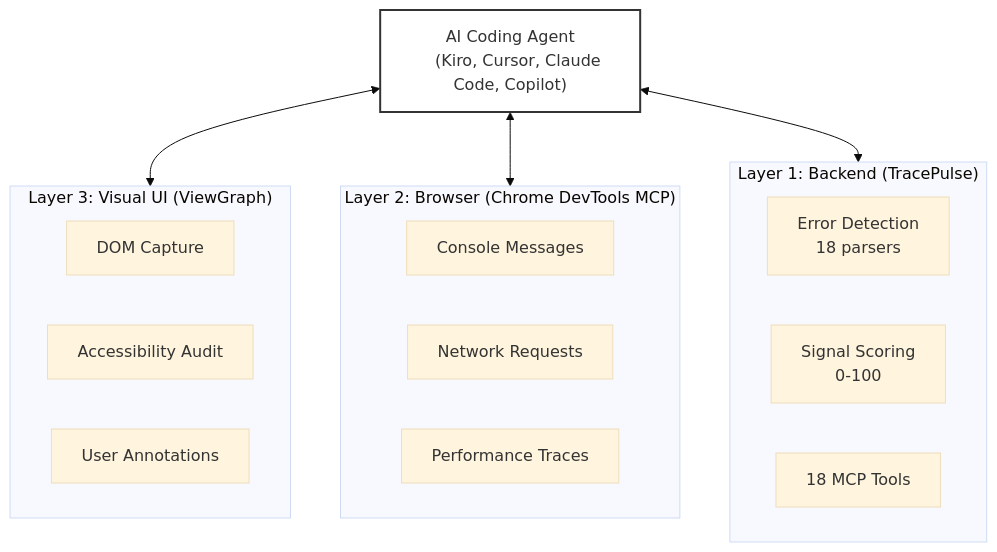
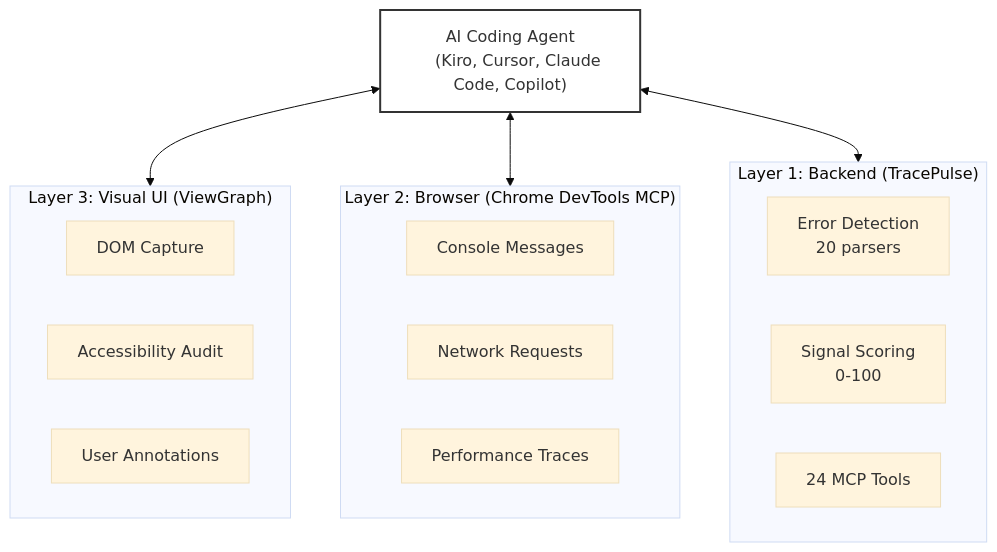
The first of 3 diagrams in gitbook/architecture/three-layer-stack.md (sourjya/tracepulse), drawn with Mermaid (base theme) before and after one commit. The commit also changed 16 other files, not shown here.

First line of the commit message:
docs: update all gitbook pages to 24 tools, 20 parsers

````diff
--- a/gitbook/architecture/three-layer-stack.md
+++ b/gitbook/architecture/three-layer-stack.md
@@ -7,34 +7,34 @@
 ```mermaid
 graph TB
     Agent["AI Coding Agent
     (Kiro, Cursor, Claude Code, Copilot)"]
 
     subgraph "Layer 1: Backend (TracePulse)"
         direction LR
         TP1["Error Detection
-        18 parsers"]
+        20 parsers"]
         TP2["Signal Scoring
         0-100"]
-        TP3["18 MCP Tools"]
+        TP3["24 MCP Tools"]
     end
 
     subgraph "Layer 2: Browser (Chrome DevTools MCP)"
         direction LR
         CDT1["Console Messages"]
         CDT2["Network Requests"]
         CDT3["Performance Traces"]
     end
 
     subgraph "Layer 3: Visual UI (ViewGraph)"
         direction LR
         VG1["DOM Capture"]
         VG2["Accessibility Audit"]
         VG3["User Annotations"]
     end
 
     Agent <--> TP3
     Agent <--> CDT1
     Agent <--> VG1
 
     style Agent fill:#fff,stroke:#333,stroke-width:2px
 ```
````
